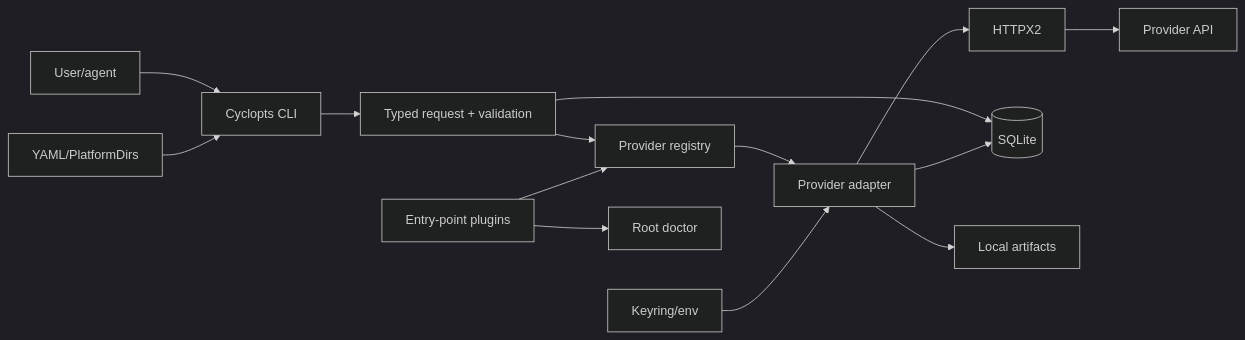
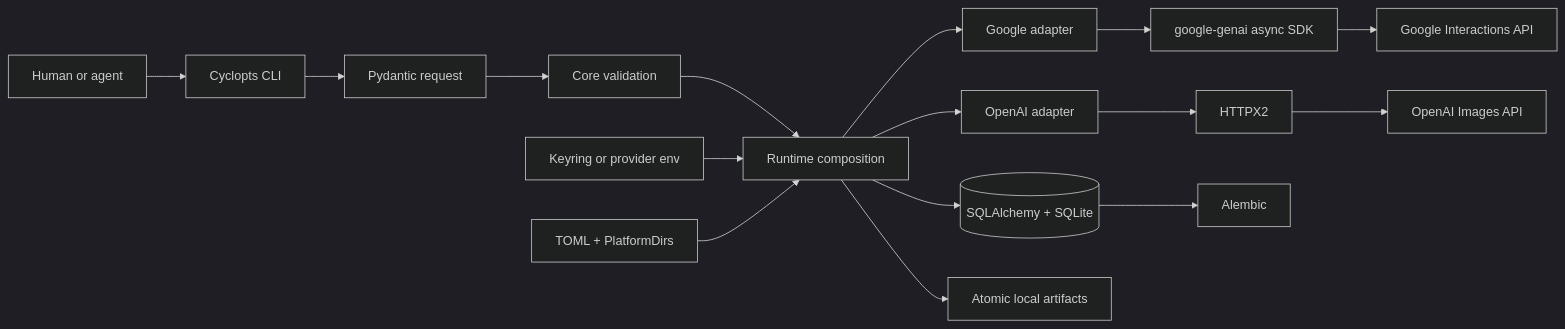
Before and after one commit to difegam/pixgen: the diagram in .knowledge/ARCHITECTURE.md, drawn with Mermaid (dark theme). The commit also changed other lines of this file and 3 other files, not shown here.

Commit message:
Revise Pixgen 0.1 architecture plan

````diff
--- a/.knowledge/ARCHITECTURE.md
+++ b/.knowledge/ARCHITECTURE.md
@@ -15,16 +12,18 @@
-``` mermaid
+```mermaid
 flowchart LR
-  A[User/agent] --> B[Cyclopts CLI]
-  B --> C[Typed request + validation]
-  C --> D[Provider registry]
-  D --> E[Provider adapter]
-  E --> F[HTTPX2]
-  F --> G[Provider API]
-  C --> H[(SQLite)]
-  E --> H
-  E --> I[Local artifacts]
-  J[Keyring/env] --> E
-  K[YAML/PlatformDirs] --> B
-  L[Entry-point plugins] --> D
-  L --> M[Root doctor]
+  A[Human or agent] --> B[Cyclopts CLI]
+  B --> C[Pydantic request]
+  C --> D[Core validation]
+  D --> E[Runtime composition]
+  E --> F[Google adapter]
+  E --> G[OpenAI adapter]
+  F --> H[google-genai async SDK]
+  G --> I[HTTPX2]
+  H --> J[Google Interactions API]
+  I --> K[OpenAI Images API]
+  E --> L[(SQLAlchemy + SQLite)]
+  L --> M[Alembic]
+  E --> N[Atomic local artifacts]
+  O[Keyring or provider env] --> E
+  P[TOML + PlatformDirs] --> E
 ```
````
